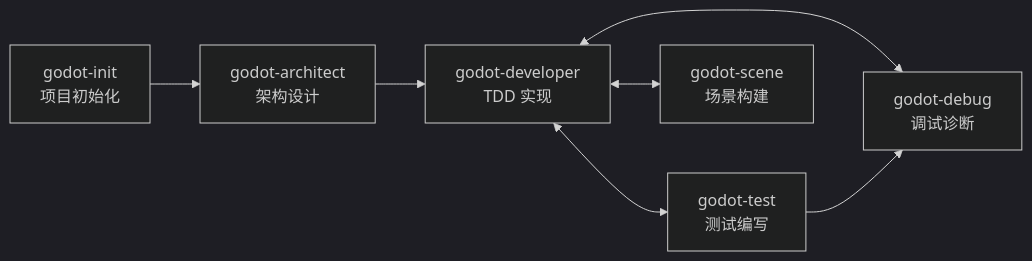
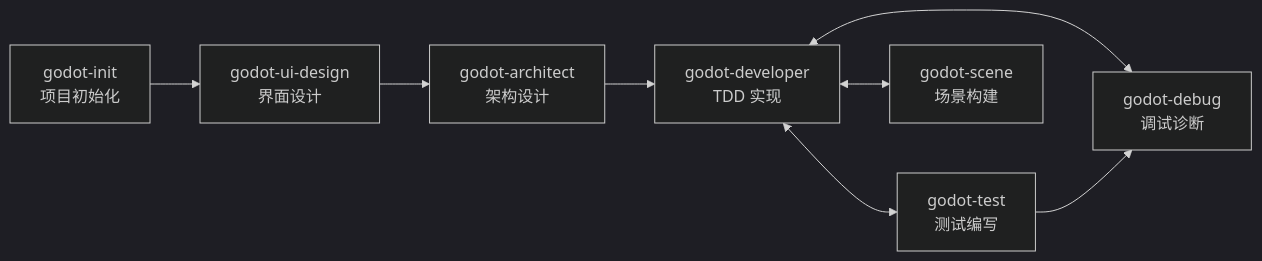
One commit to yulu86/GodotScaffolding changed the diagram in CONTRIBUTING.md. Above: the diagram before and after it, drawn with Mermaid (dark theme). The commit also changed other lines of this file and 4 other files, not shown here.

Commit message:
feat: 新增 godot-ui-design skill，强制 UI 界面使用 Pencil 设计

````diff
--- a/CONTRIBUTING.md
+++ b/CONTRIBUTING.md
@@ -238,9 +269,10 @@
 ```mermaid
 flowchart LR
-    INIT["godot-init<br/>项目初始化"] --> ARCH["godot-architect<br/>架构设计"]
+    INIT["godot-init<br/>项目初始化"] --> DESIGN["godot-ui-design<br/>界面设计"]
+    DESIGN --> ARCH["godot-architect<br/>架构设计"]
     ARCH --> DEV["godot-developer<br/>TDD 实现"]
     DEV <--> TEST["godot-test<br/>测试编写"]
     DEV <--> SCENE["godot-scene<br/>场景构建"]
     DEV <--> DEBUG["godot-debug<br/>调试诊断"]
     TEST --> DEBUG
 ```
````
